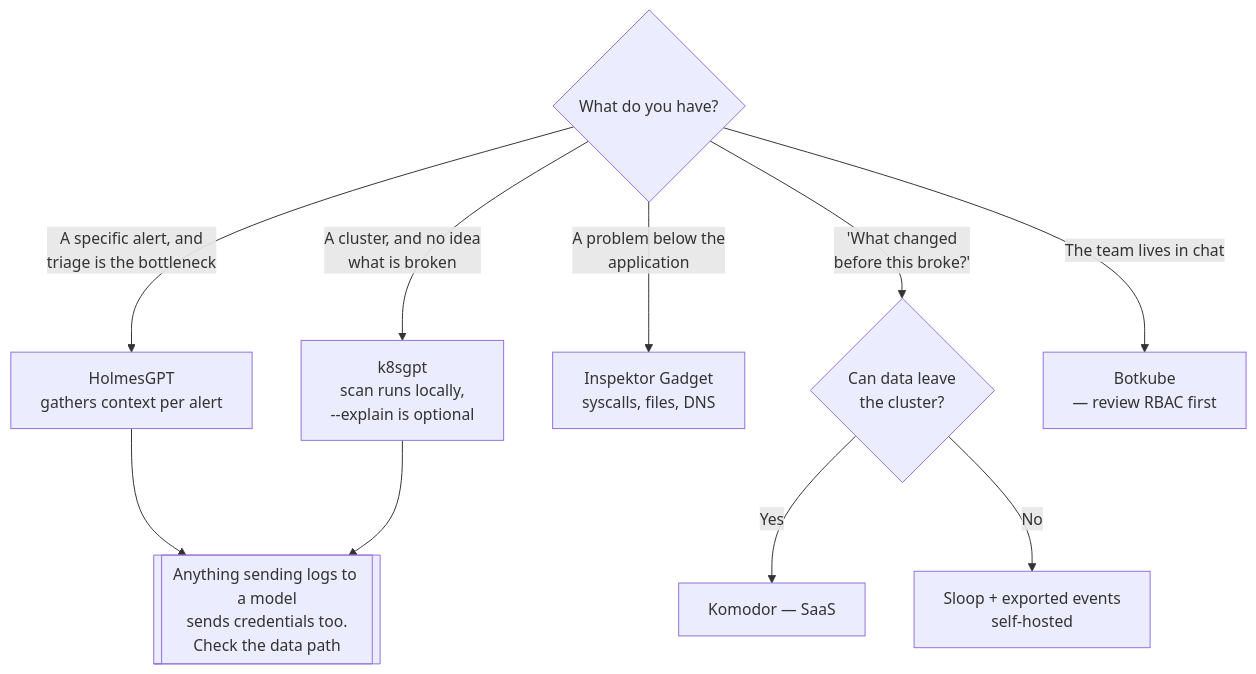
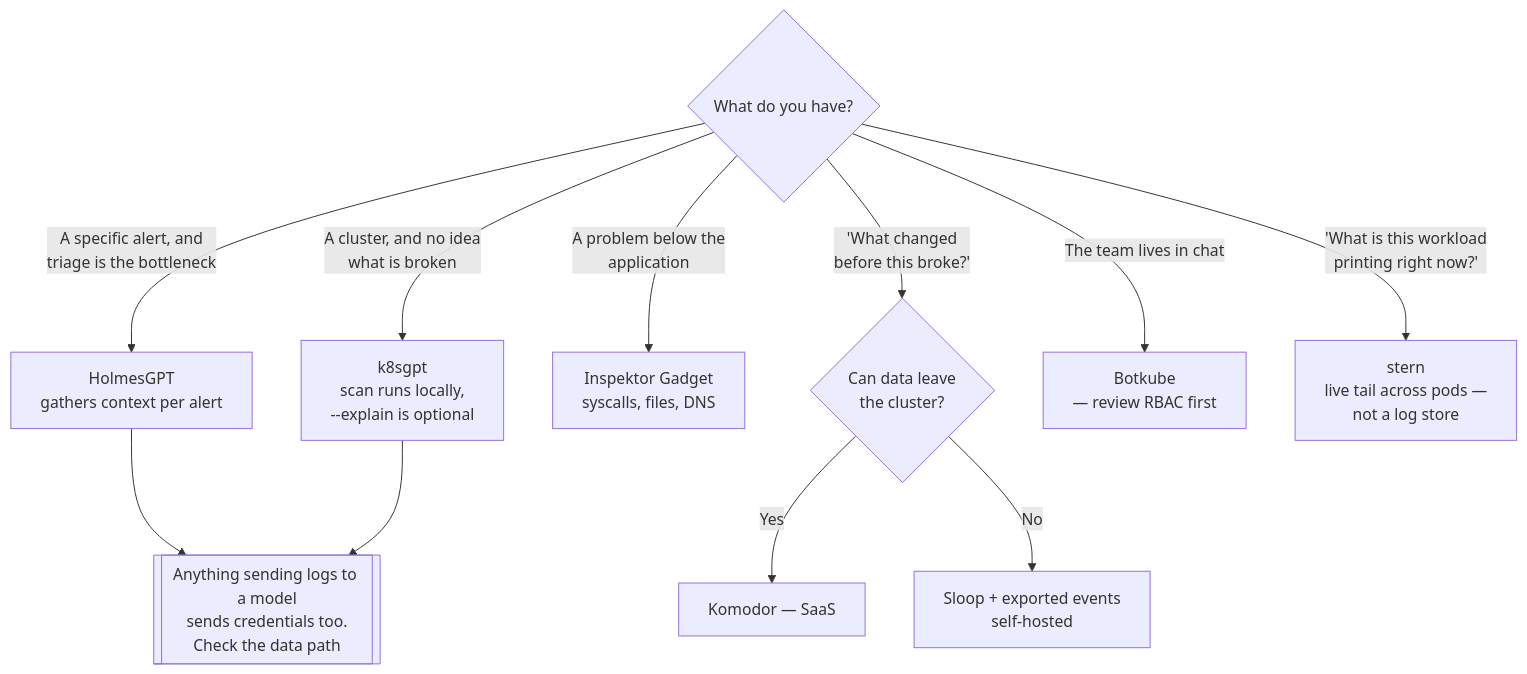
Before and after one commit to andreyolv/pikakube: the diagram in infrastructure/observability/troubleshooting/README.md, drawn with Mermaid. The commit also changed other lines of this file and 46 other files, not shown here.

````diff
--- a/infrastructure/observability/troubleshooting/README.md
+++ b/infrastructure/observability/troubleshooting/README.md
@@ -74,18 +80,19 @@
 ```mermaid
 flowchart TD
     START{What do you have?}
 
     START -->|A cluster, and no idea<br/>what is broken| K8[k8sgpt<br/>scan runs locally,<br/>--explain is optional]
     START -->|A specific alert, and<br/>triage is the bottleneck| HO[HolmesGPT<br/>gathers context per alert]
     START -->|A problem below the<br/>application| IG[Inspektor Gadget<br/>syscalls, files, DNS]
     START -->|'What changed<br/>before this broke?'| Q1
     START -->|The team lives in chat| BK[Botkube<br/>— review RBAC first]
+    START -->|'What is this workload<br/>printing right now?'| ST[stern<br/>live tail across pods —<br/>not a log store]
 
     Q1{Can data leave<br/>the cluster?}
     Q1 -->|Yes| KO[Komodor — SaaS]
     Q1 -->|No| SL[Sloop + exported events<br/>self-hosted]
 
     HO --> CHK
     K8 --> CHK
     CHK[[Anything sending logs to a model<br/>sends credentials too.<br/>Check the data path]]
 ```
````
